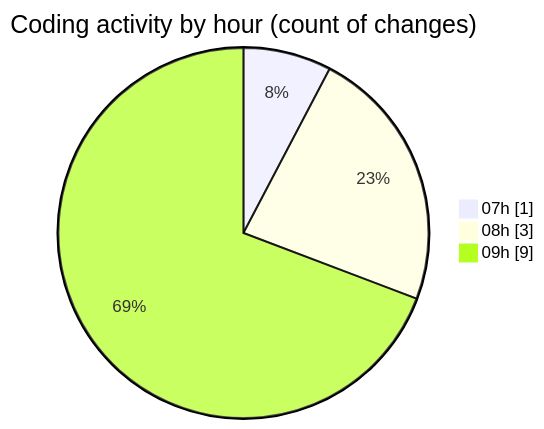
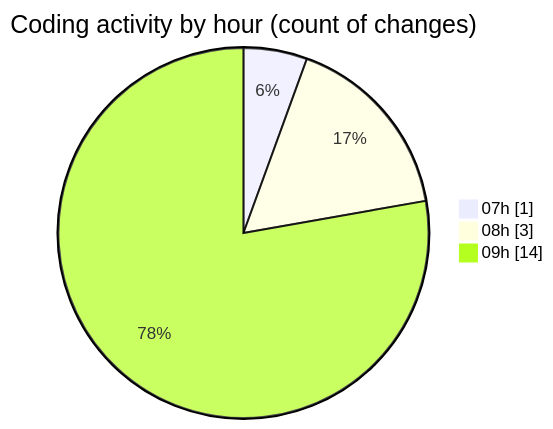
One commit to tmsrecording-cyber/code-tracking changed the second of 2 diagrams in 2026-02-02/singularitybrainai/README.md. Above: the diagram before and after it, drawn with Mermaid. The commit also changed other lines of this file and 1 other file, not shown here.

````diff
--- a/2026-02-02/singularitybrainai/README.md
+++ b/2026-02-02/singularitybrainai/README.md
@@ -30,7 +35,7 @@
 ```mermaid
 pie showData
 title Coding activity by hour (count of changes)
 "07h" : 1
 "08h" : 3
-"09h" : 9
+"09h" : 14
 ```
````
